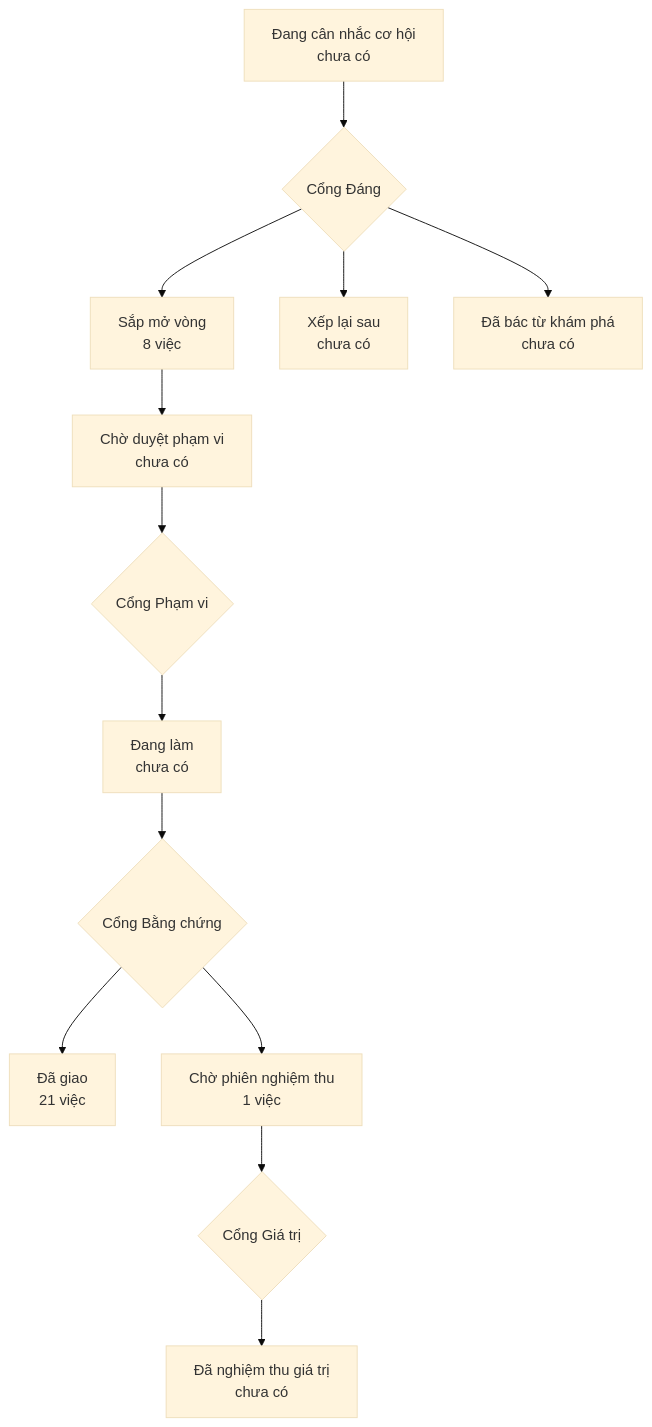
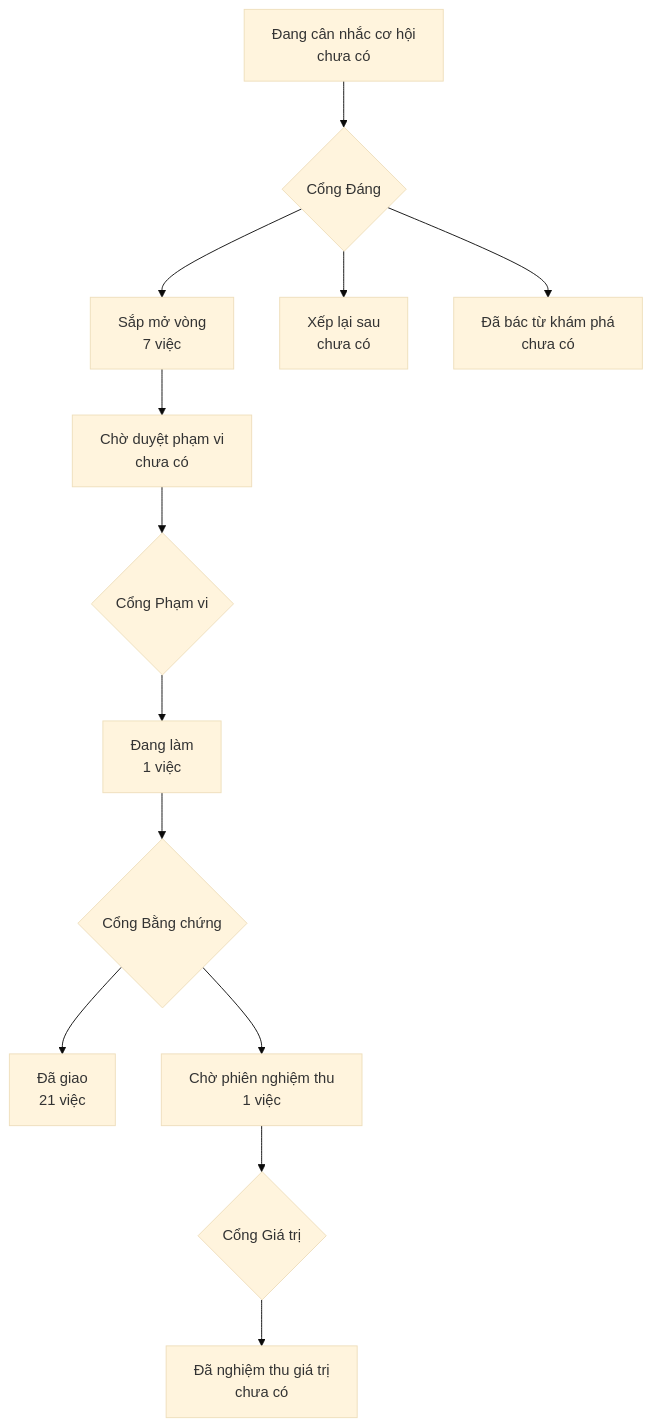
One commit to phanlemanh/onehub-invest changed the diagram in PRODUCT-MAP.md. Above: the diagram before and after it, drawn with Mermaid (base theme). The commit also changed other lines of this file and 3 other files, not shown here.

````diff
--- a/PRODUCT-MAP.md
+++ b/PRODUCT-MAP.md
@@ -7,12 +7,12 @@
 ```mermaid
 flowchart TD
   A["Đang cân nhắc cơ hội<br/>chưa có"] --> GD{"Cổng Đáng"}
-  GD --> B["Sắp mở vòng<br/>8 việc"]
+  GD --> B["Sắp mở vòng<br/>7 việc"]
   GD --> XL["Xếp lại sau<br/>chưa có"]
   GD --> DB["Đã bác từ khám phá<br/>chưa có"]
   B --> CD["Chờ duyệt phạm vi<br/>chưa có"] --> GP{"Cổng Phạm vi"}
-  GP --> DL["Đang làm<br/>chưa có"] --> GB{"Cổng Bằng chứng"}
+  GP --> DL["Đang làm<br/>1 việc"] --> GB{"Cổng Bằng chứng"}
   GB --> DG["Đã giao<br/>21 việc"]
   GB --> CN["Chờ phiên nghiệm thu<br/>1 việc"] --> GG{"Cổng Giá trị"}
   GG --> NT["Đã nghiệm thu giá trị<br/>chưa có"]
 ```
````
